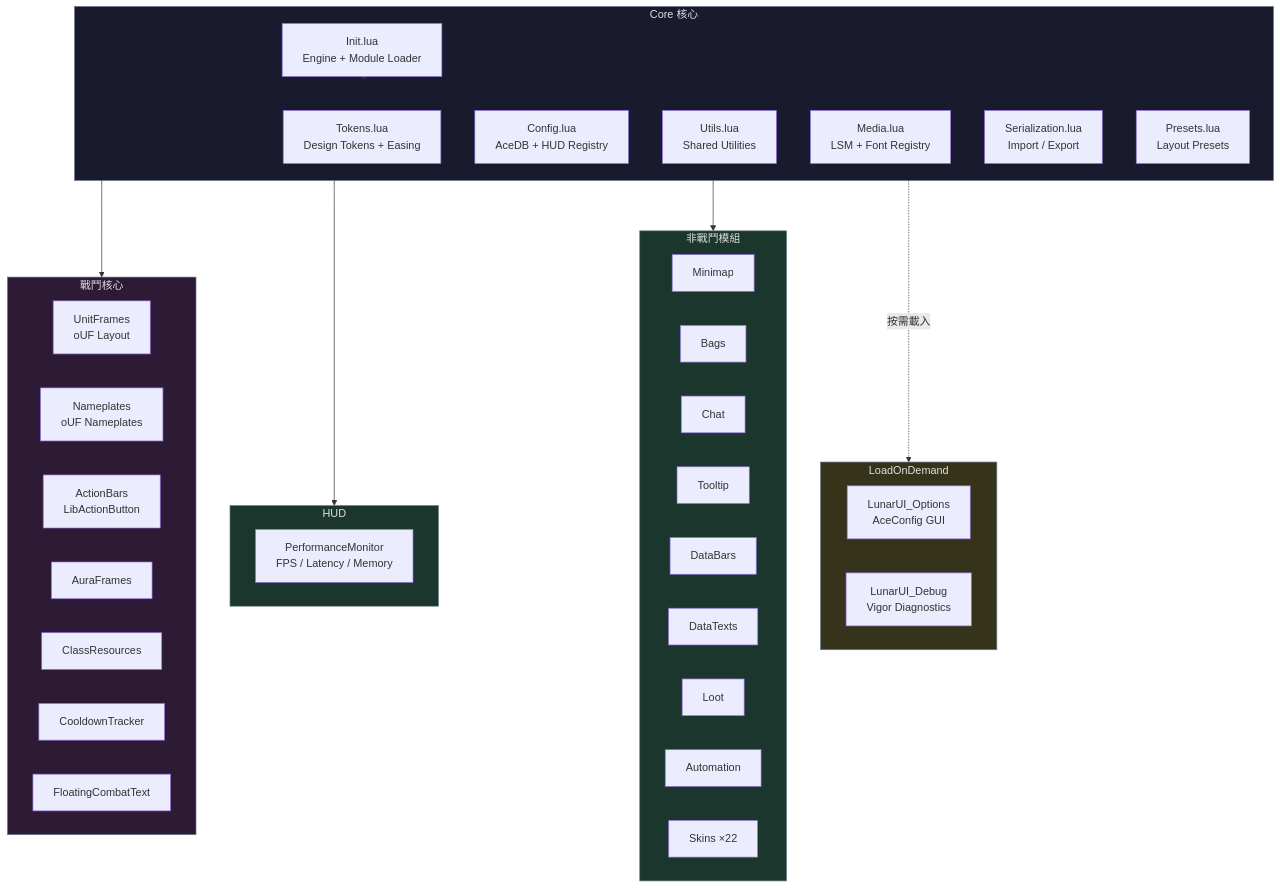
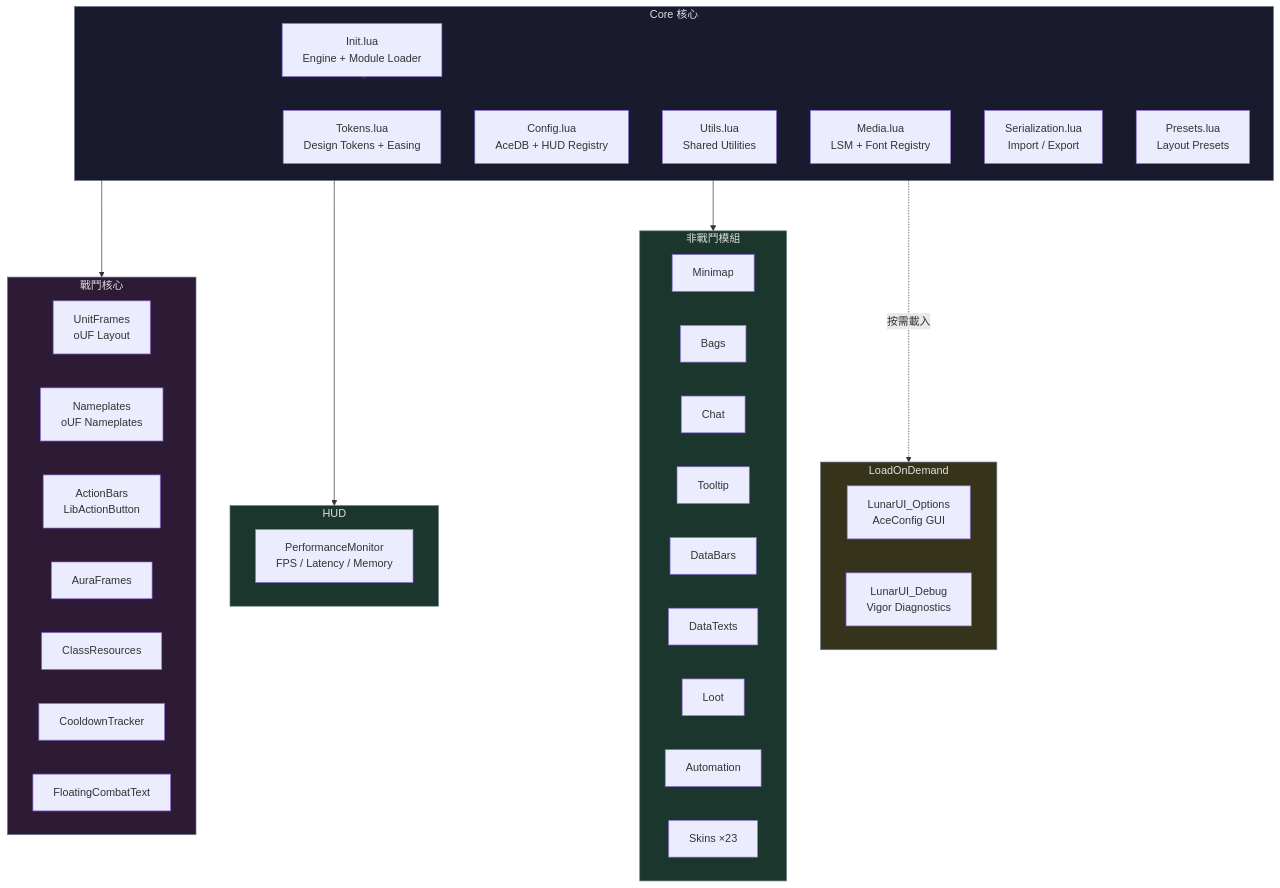
One commit to Neal75418/lunar-ui changed the first of 5 diagrams in README.md. Above: the diagram before and after it, drawn with Mermaid. The commit also changed other lines of this file and 3 other files, not shown here.

````diff
--- a/README.md
+++ b/README.md
@@ -109,55 +110,55 @@
 ```mermaid
 graph TB
     subgraph Core["Core 核心"]
         Init["Init.lua<br/>Engine + Module Loader"]
         Tokens["Tokens.lua<br/>Design Tokens + Easing"]
         Config["Config.lua<br/>AceDB + HUD Registry"]
         Utils["Utils.lua<br/>Shared Utilities"]
         Media["Media.lua<br/>LSM + Font Registry"]
         Serial["Serialization.lua<br/>Import / Export"]
         Presets["Presets.lua<br/>Layout Presets"]
     end
 
     subgraph Combat["戰鬥核心"]
         UF["UnitFrames<br/>oUF Layout"]
         NP["Nameplates<br/>oUF Nameplates"]
         AB["ActionBars<br/>LibActionButton"]
         Aura["AuraFrames"]
         CR["ClassResources"]
         CD["CooldownTracker"]
         FCT["FloatingCombatText"]
     end
 
     subgraph HUD
         Perf["PerformanceMonitor<br/>FPS / Latency / Memory"]
     end
 
     subgraph Modules["非戰鬥模組"]
         MM["Minimap"]
         Bags["Bags"]
         Chat["Chat"]
         TT["Tooltip"]
         DB["DataBars"]
         DT["DataTexts"]
         Loot["Loot"]
         Auto["Automation"]
-        Skins["Skins ×22"]
+        Skins["Skins ×23"]
     end
 
     subgraph Addons["LoadOnDemand"]
         Opt["LunarUI_Options<br/>AceConfig GUI"]
         Debug["LunarUI_Debug<br/>Vigor Diagnostics"]
     end
 
     Init --> Core
     Core --> Combat
     Core --> HUD
     Core --> Modules
     Core -.->|按需載入| Addons
 
     style Core fill:#1a1a2e,stroke:#6c7a89,color:#e0e0e0
     style Combat fill:#2d1b36,stroke:#6c7a89,color:#e0e0e0
     style HUD fill:#1b362d,stroke:#6c7a89,color:#e0e0e0
     style Modules fill:#1b362d,stroke:#6c7a89,color:#e0e0e0
     style Addons fill:#36331b,stroke:#6c7a89,color:#e0e0e0
 ```
````
